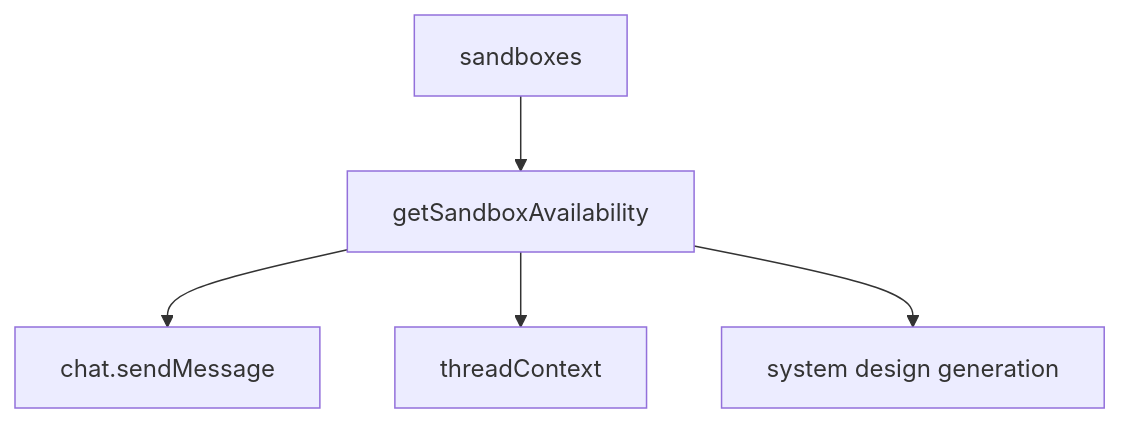
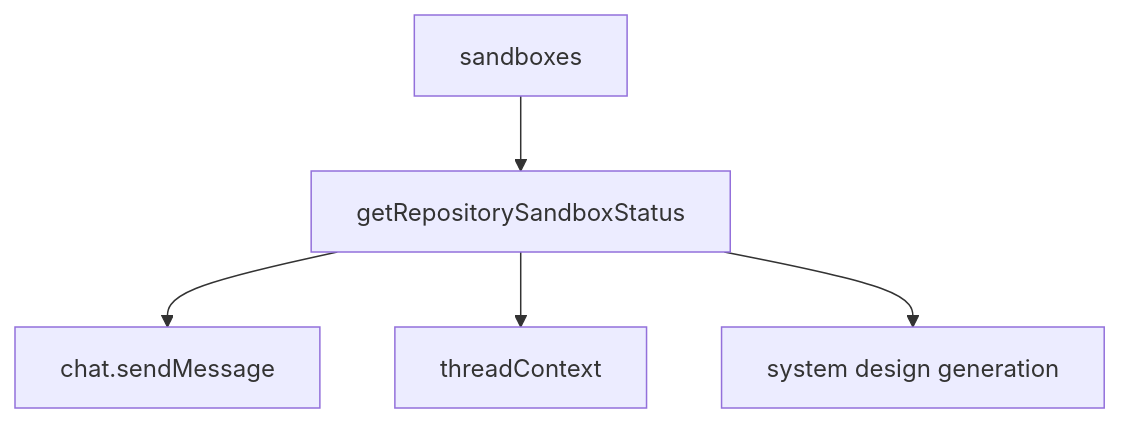
One commit to EricTsai83/systify changed the second of 2 diagrams in docs/service-modes-library-lab-system-design.md. Above: the diagram before and after it, drawn with Mermaid. The commit also changed other lines of this file and 9 other files, not shown here.

First line of the commit message:
Refactor sandbox availability to async API

````diff
--- a/docs/service-modes-library-lab-system-design.md
+++ b/docs/service-modes-library-lab-system-design.md
@@ -68,13 +68,13 @@
 ```mermaid
 flowchart TD
   SandboxRow[sandboxes]
-  Availability[getSandboxAvailability]
+  Availability[getRepositorySandboxStatus]
   ChatSend[chat.sendMessage]
   ThreadContext[threadContext]
   SystemDesignJob[system design generation]
 
   SandboxRow --> Availability
   Availability --> ChatSend
   Availability --> ThreadContext
   Availability --> SystemDesignJob
 ```
````
